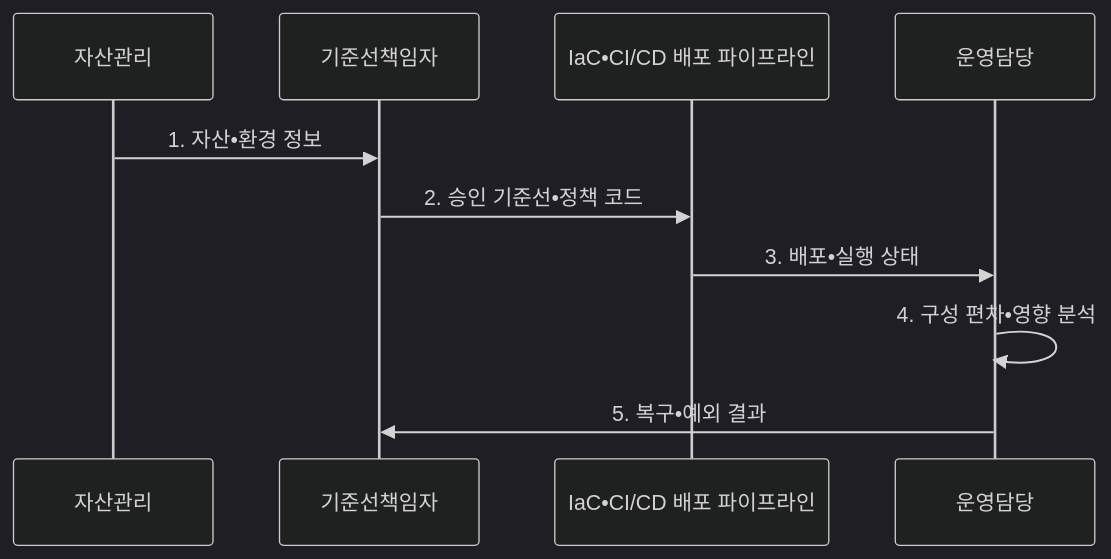
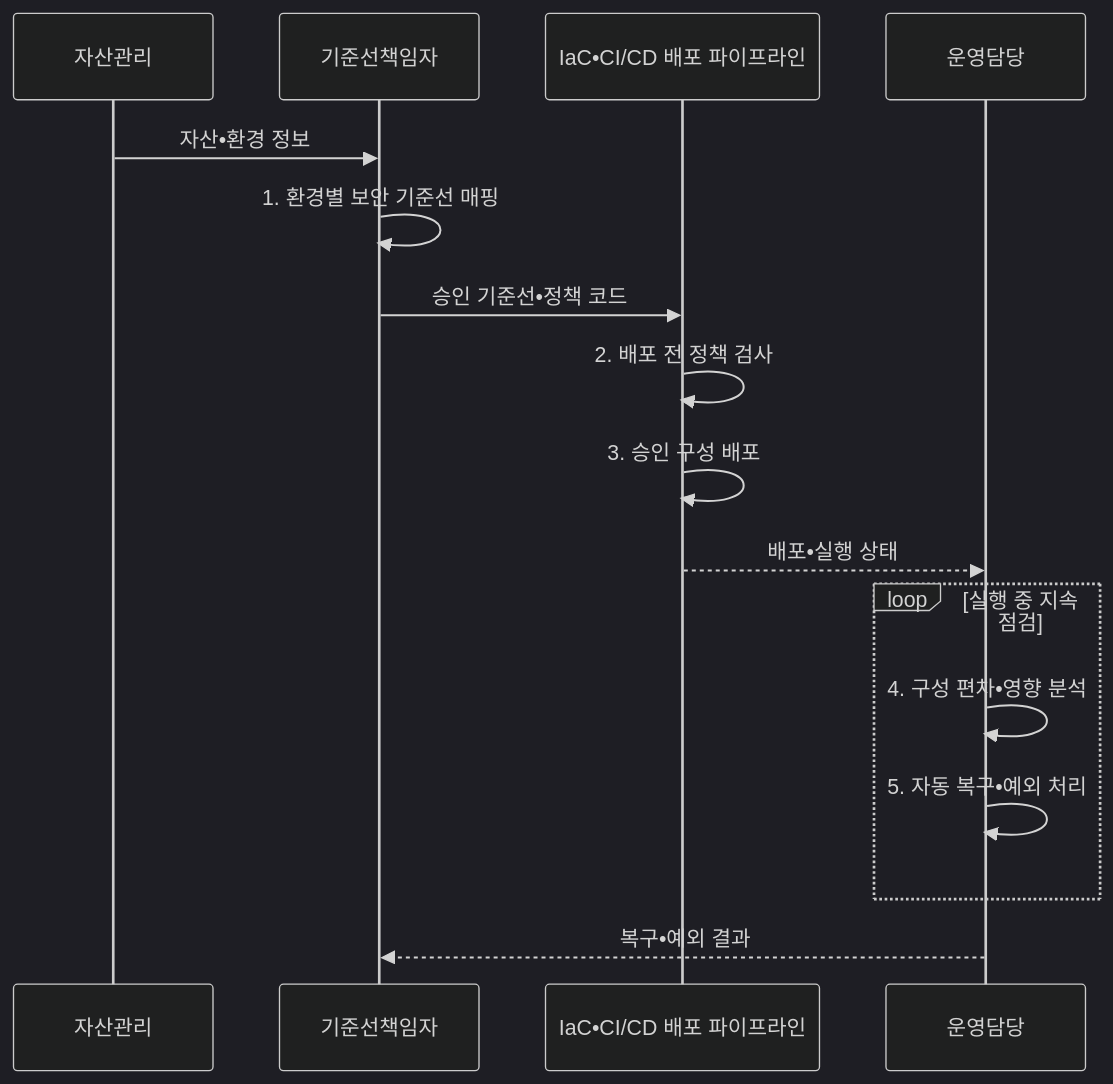
The second of 2 diagrams in src/content/docs/notes/05-security/044_security_configuration_management.md (agnusdei1207/knowledge-base), drawn with Mermaid (dark theme) before and after one commit. The commit also changed other lines of this file and 19 other files, not shown here.

````diff
--- a/src/content/docs/notes/05-security/044_security_configuration_management.md
+++ b/src/content/docs/notes/05-security/044_security_configuration_management.md
@@ -103,12 +103,18 @@
 ```mermaid
 sequenceDiagram
     participant 자산관리
     participant 기준선책임자
     participant 배포파이프라인 as IaC•CI/CD 배포 파이프라인
     participant 운영담당
-    자산관리->>기준선책임자: 1. 자산•환경 정보
-    기준선책임자->>배포파이프라인: 2. 승인 기준선•정책 코드
-    배포파이프라인->>운영담당: 3. 배포•실행 상태
-    운영담당->>운영담당: 4. 구성 편차•영향 분석
-    운영담당->>기준선책임자: 5. 복구•예외 결과
+    자산관리->>기준선책임자: 자산•환경 정보
+    기준선책임자->>기준선책임자: 1. 환경별 보안 기준선 매핑
+    기준선책임자->>배포파이프라인: 승인 기준선•정책 코드
+    배포파이프라인->>배포파이프라인: 2. 배포 전 정책 검사
+    배포파이프라인->>배포파이프라인: 3. 승인 구성 배포
+    배포파이프라인-->>운영담당: 배포•실행 상태
+    loop 실행 중 지속 점검
+        운영담당->>운영담당: 4. 구성 편차•영향 분석
+        운영담당->>운영담당: 5. 자동 복구•예외 처리
+    end
+    운영담당-->>기준선책임자: 복구•예외 결과
 ```
````
